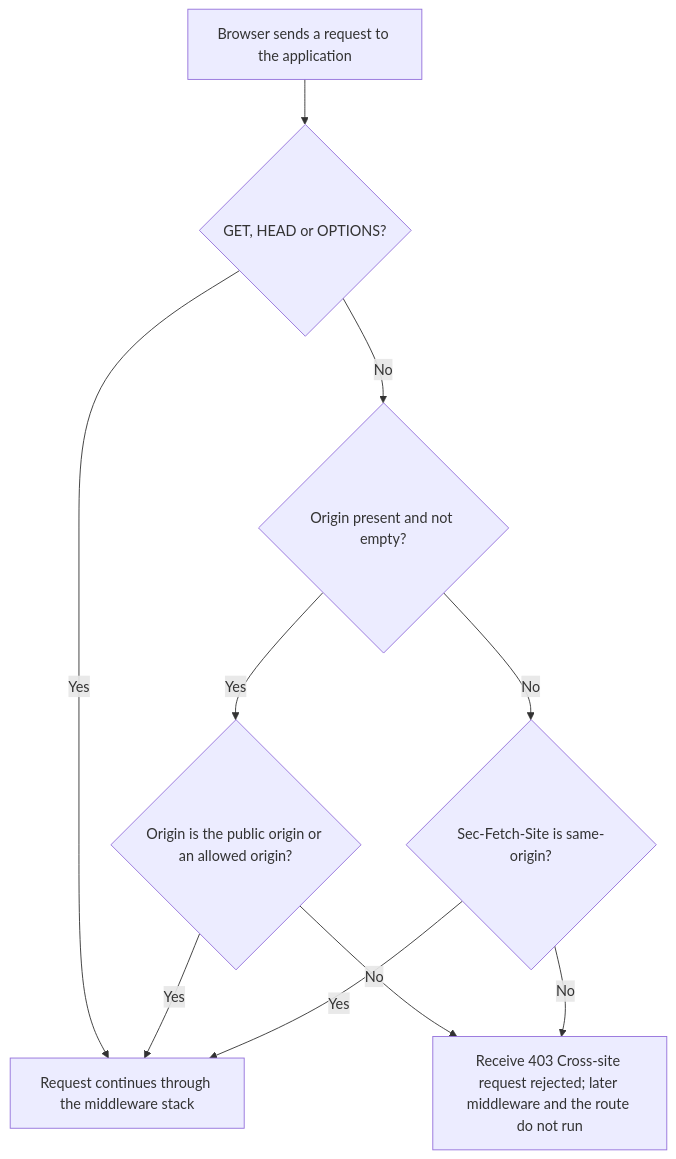
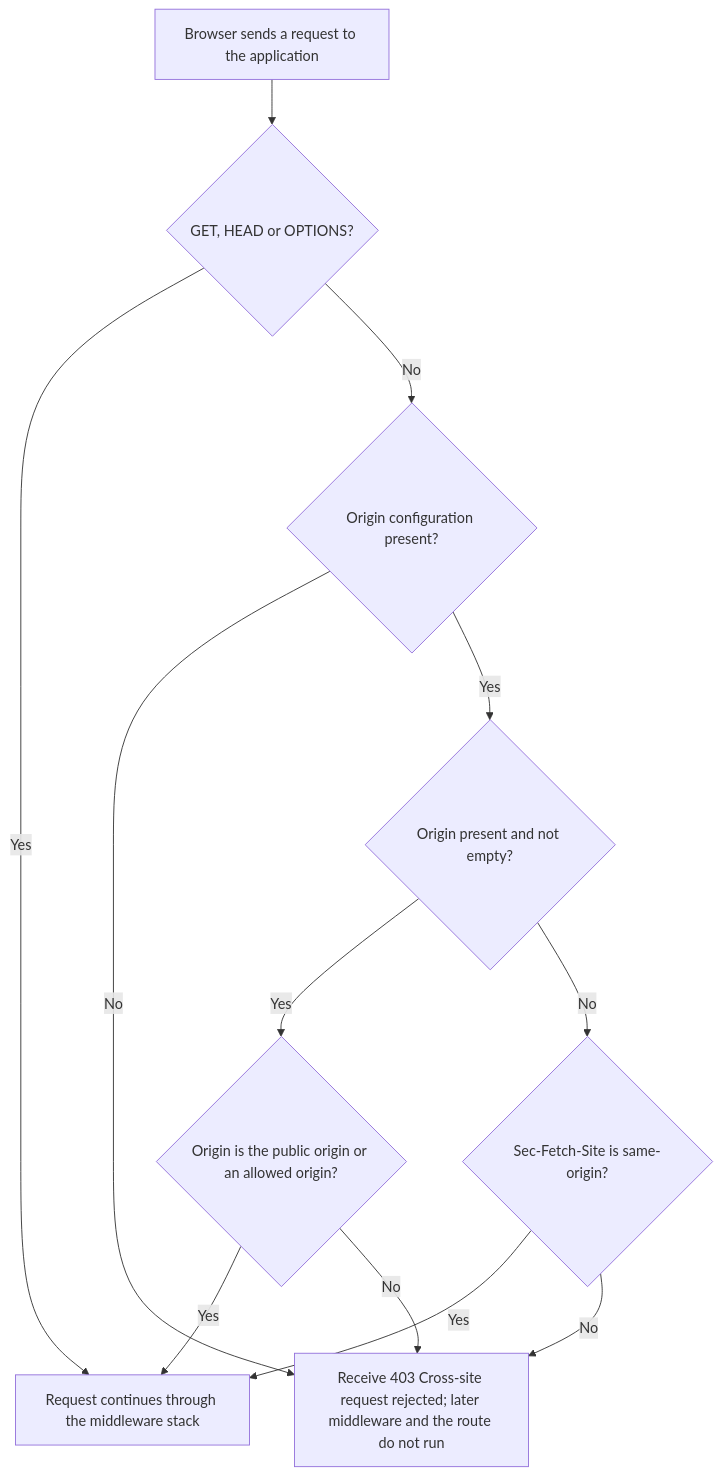
One commit to Kevinjohn/oss-adonisjs-origin-guard changed the first of 2 diagrams in user-stories/US-ORIGIN-01-refuse-cross-site-writes.md. Above: the diagram before and after it, drawn with Mermaid. The commit also changed other lines of this file and 1 other file, not shown here.

Commit message:
docs: clarify origin guard setup and refusal paths

````diff
--- a/user-stories/US-ORIGIN-01-refuse-cross-site-writes.md
+++ b/user-stories/US-ORIGIN-01-refuse-cross-site-writes.md
@@ -30,12 +31,14 @@
 ```mermaid
 flowchart TD
     A["Browser sends a request to the application"] --> B{"GET, HEAD or OPTIONS?"}
     B -->|Yes| C["Request continues through the middleware stack"]
-    B -->|No| D{"Origin present and not empty?"}
+    B -->|No| X{"Origin configuration present?"}
+    X -->|No| G
+    X -->|Yes| D{"Origin present and not empty?"}
     D -->|Yes| E{"Origin is the public origin or an allowed origin?"}
     D -->|No| F{"Sec-Fetch-Site is same-origin?"}
     E -->|Yes| C
     F -->|Yes| C
     E -->|No| G["Receive 403 Cross-site request rejected; later middleware and the route do not run"]
     F -->|No| G
 ```
````
